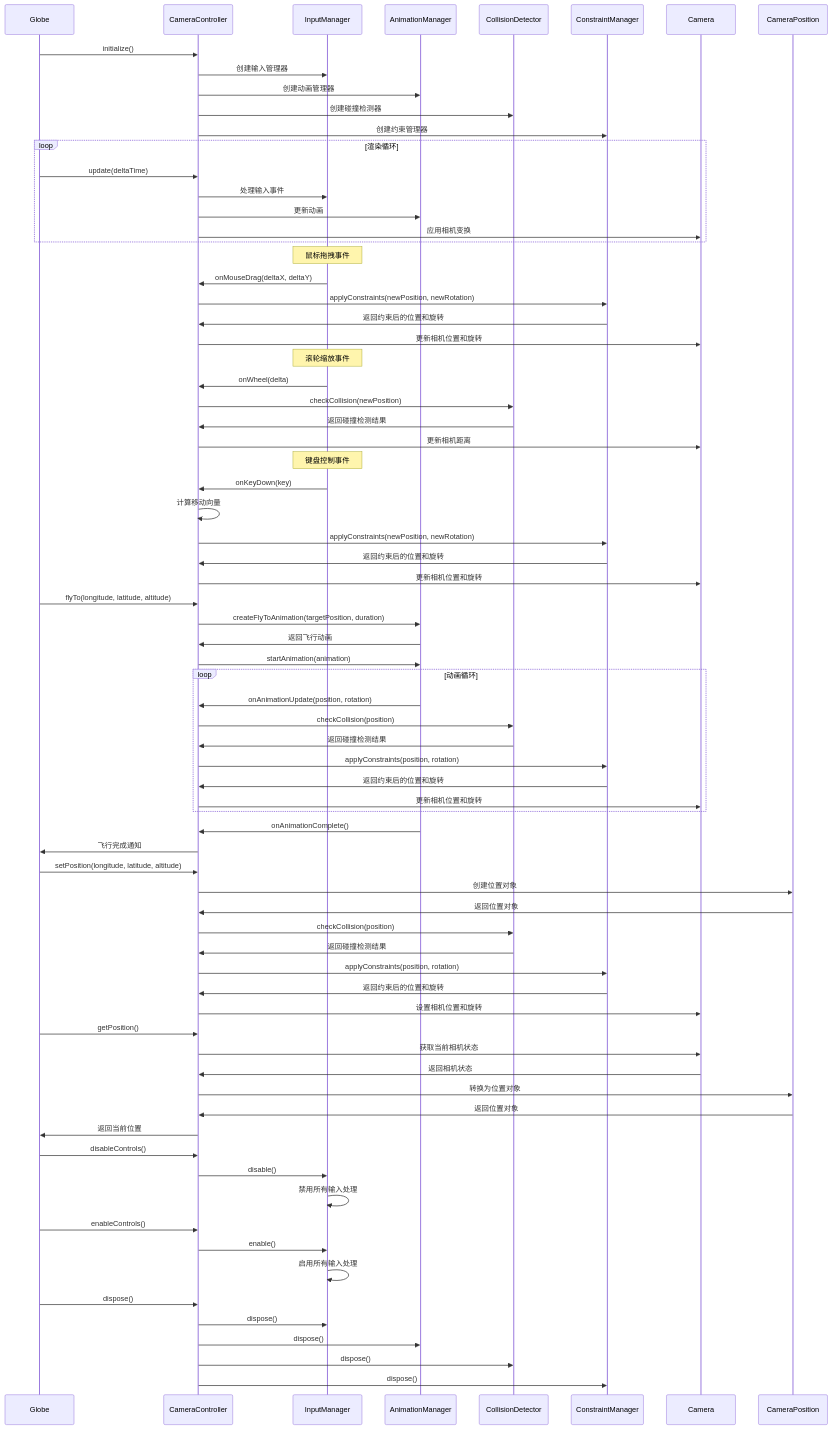
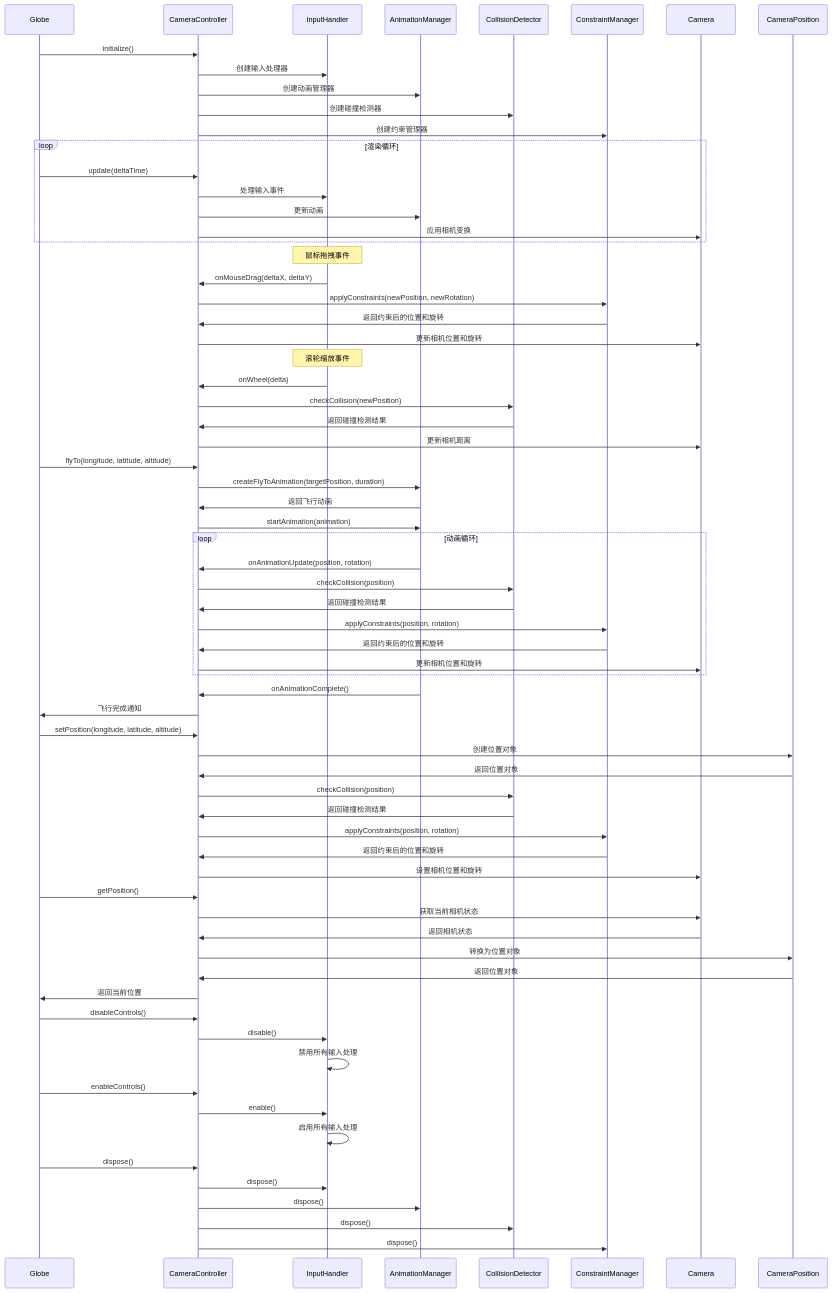
The third of 3 diagrams in docs/技术设计方案/01-详细设计/02-相机控制模块设计.md (Zoranner/openearth), drawn with Mermaid before and after one commit. The commit also changed other lines of this file and 10 other files, not shown here.

```diff
--- a/docs/技术设计方案/01-详细设计/02-相机控制模块设计.md
+++ b/docs/技术设计方案/01-详细设计/02-相机控制模块设计.md
@@ -409,49 +252,42 @@
 sequenceDiagram
     participant Globe
     participant CameraController
-    participant InputManager
+    participant InputHandler
     participant AnimationManager
     participant CollisionDetector
     participant ConstraintManager
     participant Camera
-    
+
     Globe->>CameraController: initialize()
-    CameraController->>InputManager: 创建输入管理器
+    CameraController->>InputHandler: 创建输入处理器
     CameraController->>AnimationManager: 创建动画管理器
     CameraController->>CollisionDetector: 创建碰撞检测器
     CameraController->>ConstraintManager: 创建约束管理器
-    
+
     loop 渲染循环
         Globe->>CameraController: update(deltaTime)
-        CameraController->>InputManager: 处理输入事件
+        CameraController->>InputHandler: 处理输入事件
         CameraController->>AnimationManager: 更新动画
         CameraController->>Camera: 应用相机变换
     end
-    
-    Note over InputManager: 鼠标拖拽事件
-    InputManager->>CameraController: onMouseDrag(deltaX, deltaY)
+
+    Note over InputHandler: 鼠标拖拽事件
+    InputHandler->>CameraController: onMouseDrag(deltaX, deltaY)
     CameraController->>ConstraintManager: applyConstraints(newPosition, newRotation)
     ConstraintManager->>CameraController: 返回约束后的位置和旋转
     CameraController->>Camera: 更新相机位置和旋转
-    
-    Note over InputManager: 滚轮缩放事件
-    InputManager->>CameraController: onWheel(delta)
+
+    Note over InputHandler: 滚轮缩放事件
+    InputHandler->>CameraController: onWheel(delta)
     CameraController->>CollisionDetector: checkCollision(newPosition)
     CollisionDetector->>CameraController: 返回碰撞检测结果
     CameraController->>Camera: 更新相机距离
-    
-    Note over InputManager: 键盘控制事件
-    InputManager->>CameraController: onKeyDown(key)
-    CameraController->>CameraController: 计算移动向量
-    CameraController->>ConstraintManager: applyConstraints(newPosition, newRotation)
-    ConstraintManager->>CameraController: 返回约束后的位置和旋转
-    CameraController->>Camera: 更新相机位置和旋转
-    
+
     Globe->>CameraController: flyTo(longitude, latitude, altitude)
     CameraController->>AnimationManager: createFlyToAnimation(targetPosition, duration)
     AnimationManager->>CameraController: 返回飞行动画
     CameraController->>AnimationManager: startAnimation(animation)
-    
+
     loop 动画循环
         AnimationManager->>CameraController: onAnimationUpdate(position, rotation)
         CameraController->>CollisionDetector: checkCollision(position)
@@ -460,10 +296,10 @@
         ConstraintManager->>CameraController: 返回约束后的位置和旋转
         CameraController->>Camera: 更新相机位置和旋转
     end
-    
+
     AnimationManager->>CameraController: onAnimationComplete()
     CameraController->>Globe: 飞行完成通知
-    
+
     Globe->>CameraController: setPosition(longitude, latitude, altitude)
     CameraController->>CameraPosition: 创建位置对象
     CameraPosition->>CameraController: 返回位置对象
@@ -472,24 +308,24 @@
     CameraController->>ConstraintManager: applyConstraints(position, rotation)
     ConstraintManager->>CameraController: 返回约束后的位置和旋转
     CameraController->>Camera: 设置相机位置和旋转
-    
+
     Globe->>CameraController: getPosition()
     CameraController->>Camera: 获取当前相机状态
     Camera->>CameraController: 返回相机状态
     CameraController->>CameraPosition: 转换为位置对象
     CameraPosition->>CameraController: 返回位置对象
     CameraController->>Globe: 返回当前位置
-    
+
     Globe->>CameraController: disableControls()
-    CameraController->>InputManager: disable()
-    InputManager->>InputManager: 禁用所有输入处理
-    
+    CameraController->>InputHandler: disable()
+    InputHandler->>InputHandler: 禁用所有输入处理
+
     Globe->>CameraController: enableControls()
-    CameraController->>InputManager: enable()
-    InputManager->>InputManager: 启用所有输入处理
-    
+    CameraController->>InputHandler: enable()
+    InputHandler->>InputHandler: 启用所有输入处理
+
     Globe->>CameraController: dispose()
-    CameraController->>InputManager: dispose()
+    CameraController->>InputHandler: dispose()
     CameraController->>AnimationManager: dispose()
     CameraController->>CollisionDetector: dispose()
     CameraController->>ConstraintManager: dispose()
```
